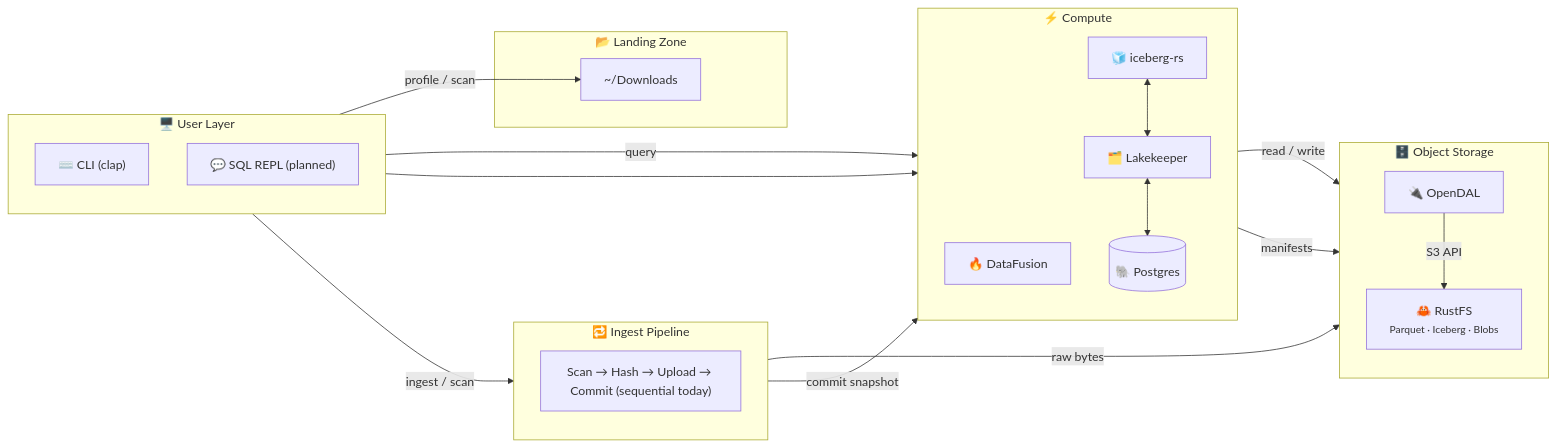
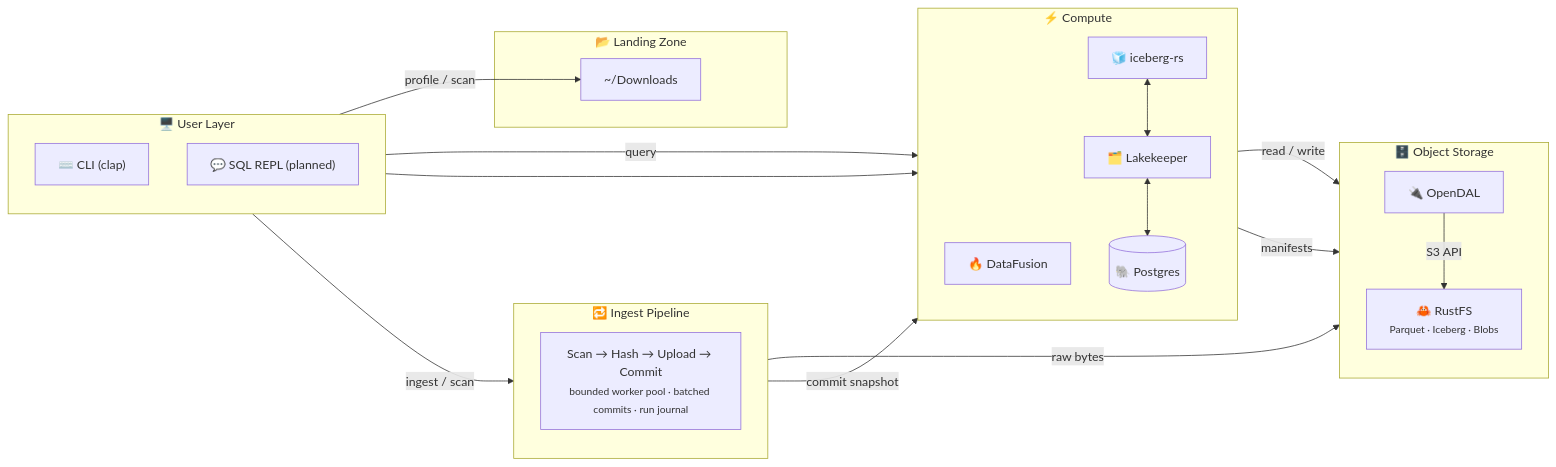
Before and after one commit to sm4rtm4art/anti_entropator: the first of 2 diagrams in docs/design/architecture.md, drawn with Mermaid. The commit also changed other lines of this file and 3 other files, not shown here.

First line of the commit message:
docs: post-release truth pass (README, architecture, roadmap criterion 6) (#223)

````diff
--- a/docs/design/architecture.md
+++ b/docs/design/architecture.md
@@ -9,44 +9,44 @@
 ```mermaid
 flowchart LR
     subgraph UL["🖥️  User Layer"]
         direction TB
         CLI["⌨️  CLI (clap)"]
         REPL["💬  SQL REPL (planned)"]
     end
 
     subgraph OR["🔁  Ingest Pipeline"]
         direction TB
-        PROC["Scan → Hash → Upload → Commit (sequential today)"]
+        PROC["Scan → Hash → Upload → Commit<br/><small>bounded worker pool · batched commits · run journal</small>"]
     end
 
     subgraph CP["⚡  Compute"]
         direction TB
         DF["🔥  DataFusion"]
         ICE["🧊  iceberg-rs"]
         CAT["🗂️  Lakekeeper"]
         PG[("🐘  Postgres")]
         ICE <--> CAT <--> PG
     end
 
     subgraph ST["🗄️  Object Storage"]
         direction TB
         IO["🔌  OpenDAL"]
         RFS["🦀  RustFS<br/><small>Parquet · Iceberg · Blobs</small>"]
         IO -->|S3 API| RFS
     end
 
     subgraph LZ["📂  Landing Zone"]
         Downloads["~/Downloads"]
     end
 
     CLI -->|"profile / scan"| Downloads
     CLI -->|"ingest / scan"| PROC
     CLI -->|query| DF
     REPL --> DF
 
     PROC -->|"raw bytes"| IO
     PROC -->|"commit snapshot"| ICE
 
     DF -->|"read / write"| IO
     ICE -->|manifests| IO
 ```
````
